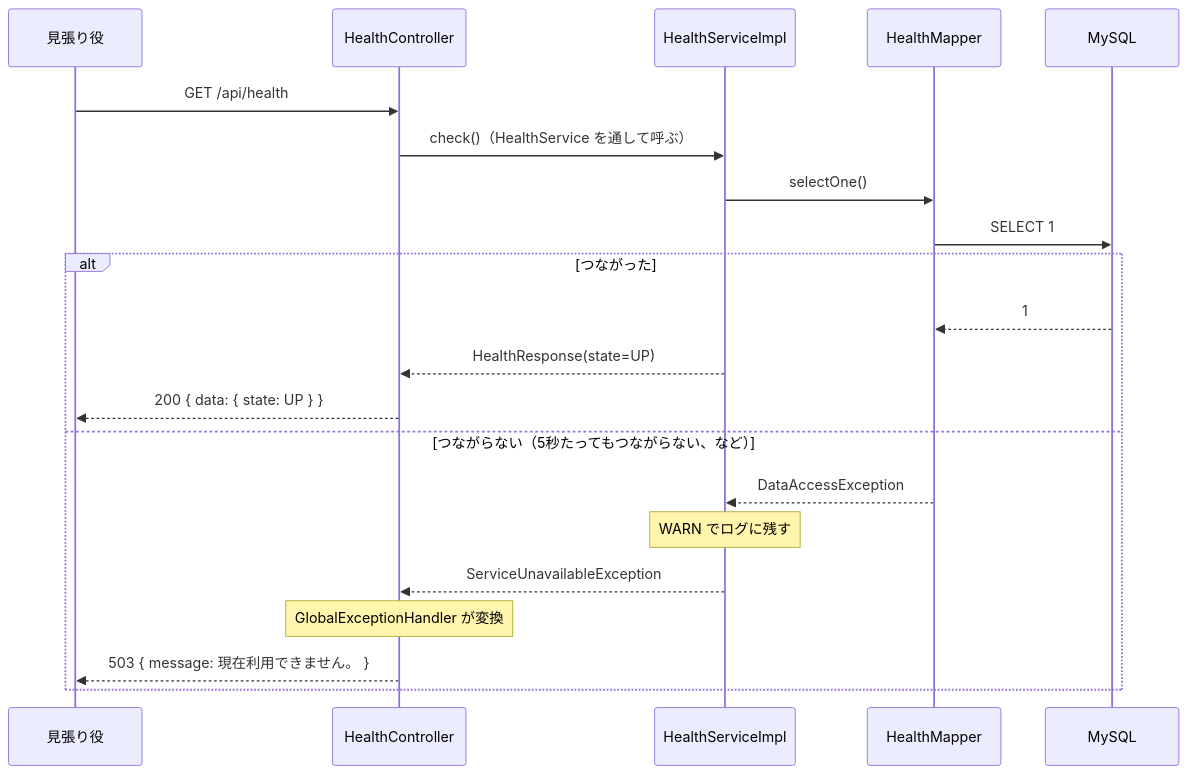
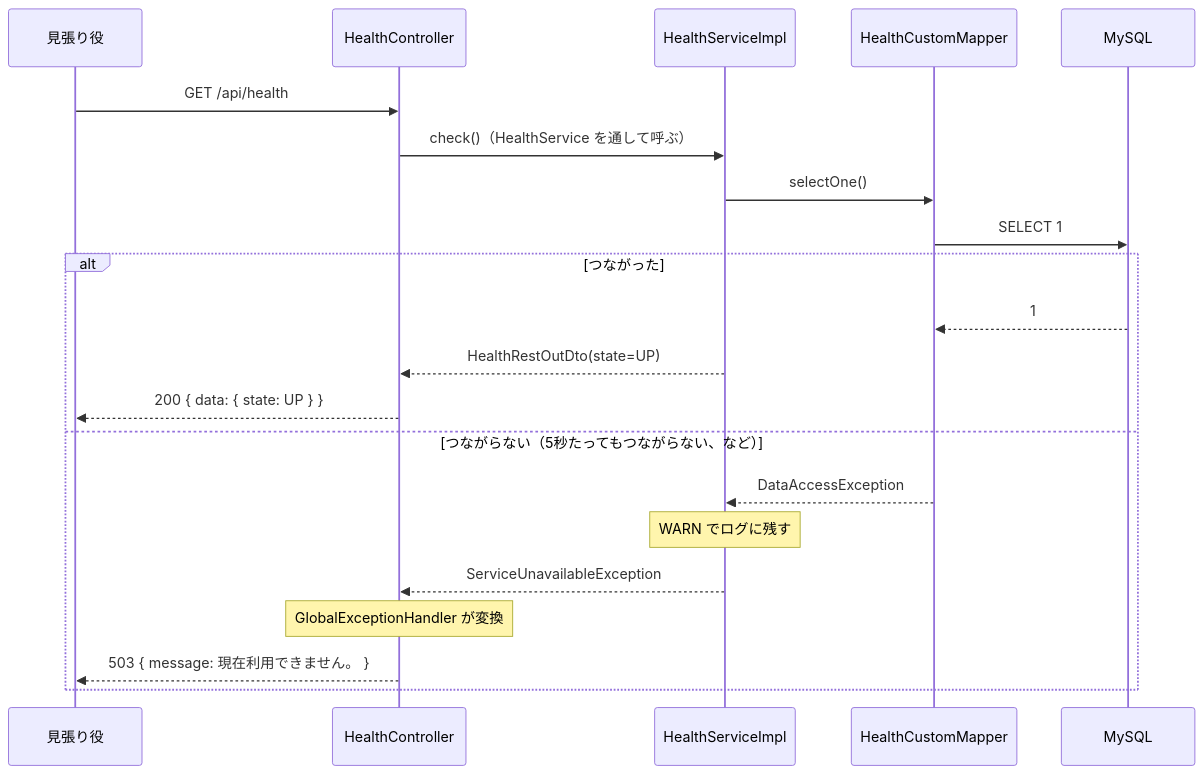
Before and after one commit to sekiyak611/EquipmentManagementSystem_Document: the diagram in internaldesign/詳細設計/health/A-08_動いているかを答える.md, drawn with Mermaid. The commit also changed other lines of this file and 19 other files, not shown here.

````diff
--- a/internaldesign/詳細設計/health/A-08_動いているかを答える.md
+++ b/internaldesign/詳細設計/health/A-08_動いているかを答える.md
@@ -81,23 +81,23 @@
 ```mermaid
 sequenceDiagram
     participant 見張り役
     participant HealthController
     participant HealthServiceImpl
-    participant HealthMapper
+    participant HealthCustomMapper
     participant MySQL
     見張り役->>HealthController: GET /api/health
     HealthController->>HealthServiceImpl: check()（HealthService を通して呼ぶ）
-    HealthServiceImpl->>HealthMapper: selectOne()
-    HealthMapper->>MySQL: SELECT 1
+    HealthServiceImpl->>HealthCustomMapper: selectOne()
+    HealthCustomMapper->>MySQL: SELECT 1
     alt つながった
-        MySQL-->>HealthMapper: 1
-        HealthServiceImpl-->>HealthController: HealthResponse(state=UP)
+        MySQL-->>HealthCustomMapper: 1
+        HealthServiceImpl-->>HealthController: HealthRestOutDto(state=UP)
         HealthController-->>見張り役: 200 { data: { state: UP } }
     else つながらない（5秒たってもつながらない、など）
-        HealthMapper-->>HealthServiceImpl: DataAccessException
+        HealthCustomMapper-->>HealthServiceImpl: DataAccessException
         Note over HealthServiceImpl: WARN でログに残す
         HealthServiceImpl-->>HealthController: ServiceUnavailableException
         Note over HealthController: GlobalExceptionHandler が変換
         HealthController-->>見張り役: 503 { message: 現在利用できません。 }
     end
 ```
````
